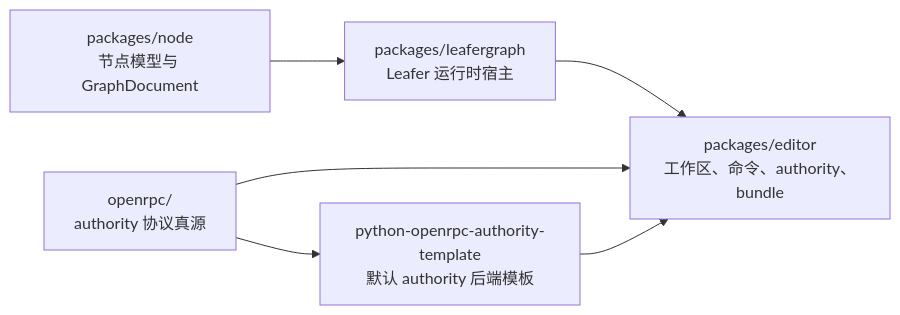
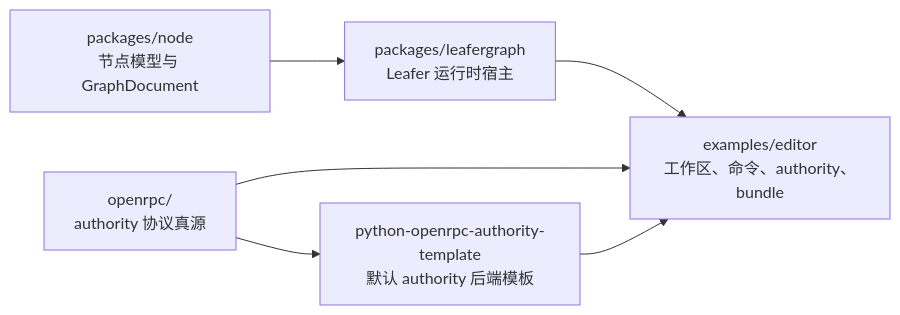
The diagram in docs/架构蓝图.md (izumkineno/leafergraph), drawn with Mermaid before and after one commit. The commit also changed other lines of this file and 255 other files, not shown here.

Commit message:
重构: 将 editor 迁移到 examples 目录

````diff
--- a/docs/架构蓝图.md
+++ b/docs/架构蓝图.md
@@ -13,14 +13,14 @@
 ```mermaid
 flowchart LR
     nodepkg["packages/node<br/>节点模型与 GraphDocument"]
     core["packages/leafergraph<br/>Leafer 运行时宿主"]
-    editor["packages/editor<br/>工作区、命令、authority、bundle"]
+    editor["examples/editor<br/>工作区、命令、authority、bundle"]
     openrpc["openrpc/<br/>authority 协议真源"]
     py["python-openrpc-authority-template<br/>默认 authority 后端模板"]
 
     nodepkg --> core
     core --> editor
     openrpc --> editor
     openrpc --> py
     py --> editor
 ```
````
